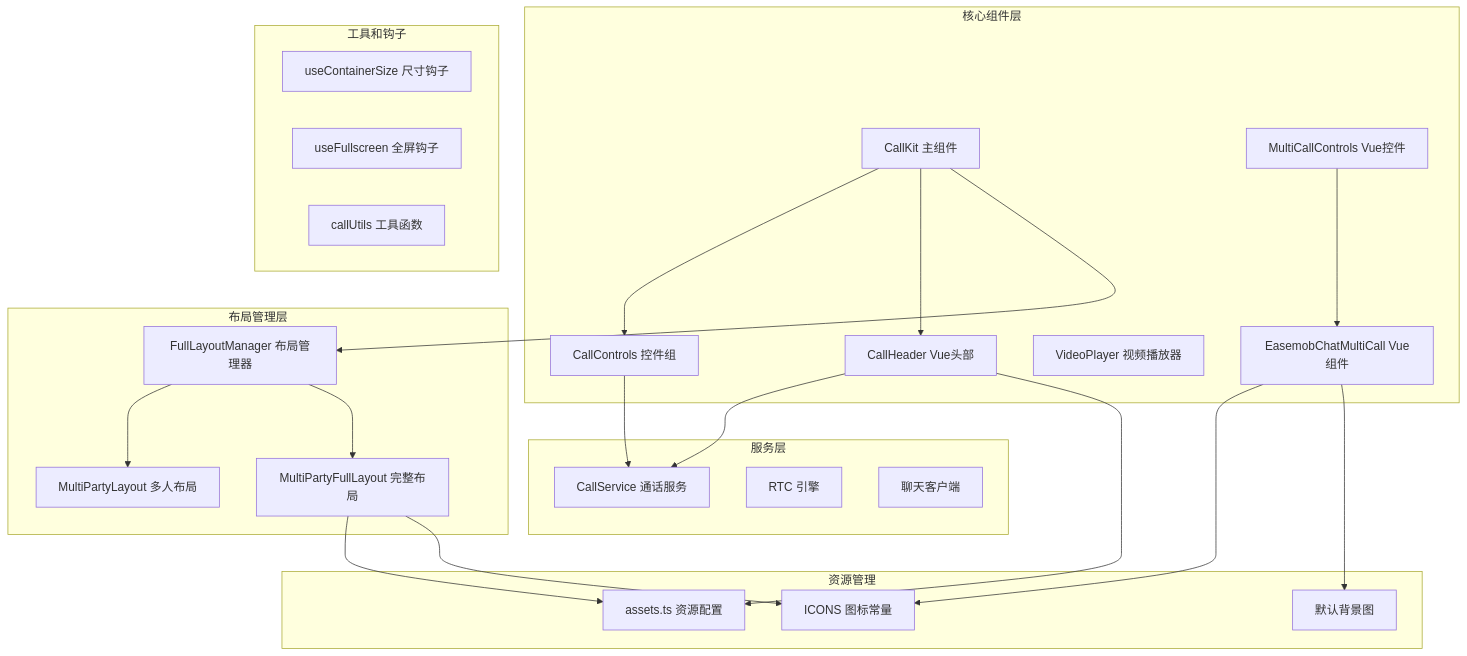
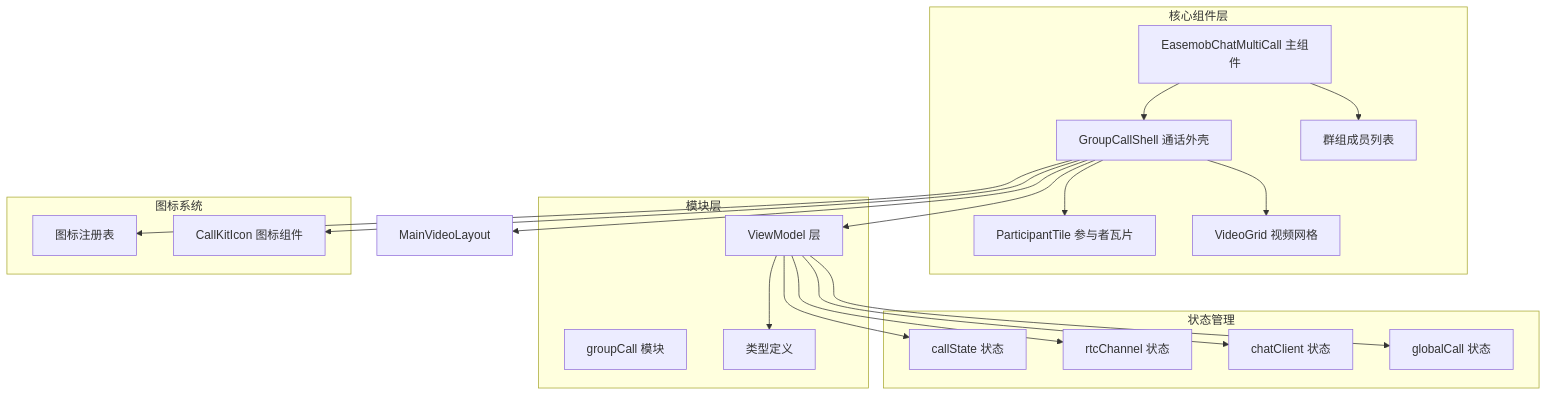
One commit to Easemob-Community/easemob-uikit-callkit-vue3 changed the first of 3 diagrams in .qoder/repowiki/zh/content/核心组件/群组通话组件/群组通话组件.md. Above: the diagram before and after it, drawn with Mermaid. The commit also changed other lines of this file and 40 other files, not shown here.

````diff
--- a/.qoder/repowiki/zh/content/核心组件/群组通话组件/群组通话组件.md
+++ b/.qoder/repowiki/zh/content/核心组件/群组通话组件/群组通话组件.md
@@ -66,45 +62,38 @@
 ```mermaid
 graph TB
 subgraph "核心组件层"
-CallKit[CallKit 主组件]
-CallControls[CallControls 控件组]
-CallHeader[CallKitHeader 顶部栏]
-VideoPlayer[VideoPlayer 视频播放器]
-EasemobChatMultiCall[EasemobChatMultiCall Vue组件]
-MultiCallControls[MultiCallControls Vue控件]
-CallHeader[CallHeader Vue头部]
+EasemobChatMultiCall[EasemobChatMultiCall 主组件]
+GroupCallShell[GroupCallShell 通话外壳]
+ParticipantTile[ParticipantTile 参与者瓦片]
+VideoGrid[VideoGrid 视频网格]
+EasemobChatGroupMemberList[群组成员列表]
 end
-subgraph "布局管理层"
-FullLayoutManager[FullLayoutManager 布局管理器]
-MultiPartyLayout[MultiPartyLayout 多人布局]
-MultiPartyFullLayout[MultiPartyFullLayout 完整布局]
+subgraph "模块层"
+GroupCallModule[groupCall 模块]
+ViewModel[ViewModel 层]
+Types[类型定义]
 end
-subgraph "服务层"
-CallService[CallService 通话服务]
-RtcEngine[RTC 引擎]
-ChatClient[聊天客户端]
+subgraph "状态管理"
+CallState[callState 状态]
+RtcChannel[rtcChannel 状态]
+ChatClient[chatClient 状态]
+GlobalCall[globalCall 状态]
 end
-subgraph "资源管理"
-Assets[assets.ts 资源配置]
-ICONS[ICONS 图标常量]
-DEFAULT_BACKGROUND_IMAGE[默认背景图]
+subgraph "图标系统"
+iconRegistry[图标注册表]
+CallKitIcon[CallKitIcon 图标组件]
 end
-subgraph "工具和钩子"
-useContainerSize[useContainerSize 尺寸钩子]
-useFullscreen[useFullscreen 全屏钩子]
-callUtils[callUtils 工具函数]
-end
-CallKit --> CallControls
-CallKit --> CallHeader
-CallKit --> FullLayoutManager
-FullLayoutManager --> MultiPartyLayout
-FullLayoutManager --> MultiPartyFullLayout
-CallControls --> CallService
-CallHeader --> CallService
-MultiCallControls --> EasemobChatMultiCall
-CallHeader --> Assets
-EasemobChatMultiCall --> ICONS
-EasemobChatMultiCall --> DEFAULT_BACKGROUND_IMAGE
-MultiPartyFullLayout --> Assets
-MultiPartyFullLayout --> ICONS
+EasemobChatMultiCall --> GroupCallShell
+EasemobChatMultiCall --> EasemobChatGroupMemberList
+GroupCallShell --> ParticipantTile
+GroupCallShell --> VideoGrid
+GroupCallShell --> MainVideoLayout
+GroupCallShell --> iconRegistry
+GroupCallShell --> CallKitIcon
+GroupCallShell --> ViewModel
+ViewModel --> Types
+ViewModel --> CallState
+ViewModel --> RtcChannel
+ViewModel --> ChatClient
+ViewModel --> GlobalCall
 ```
````
